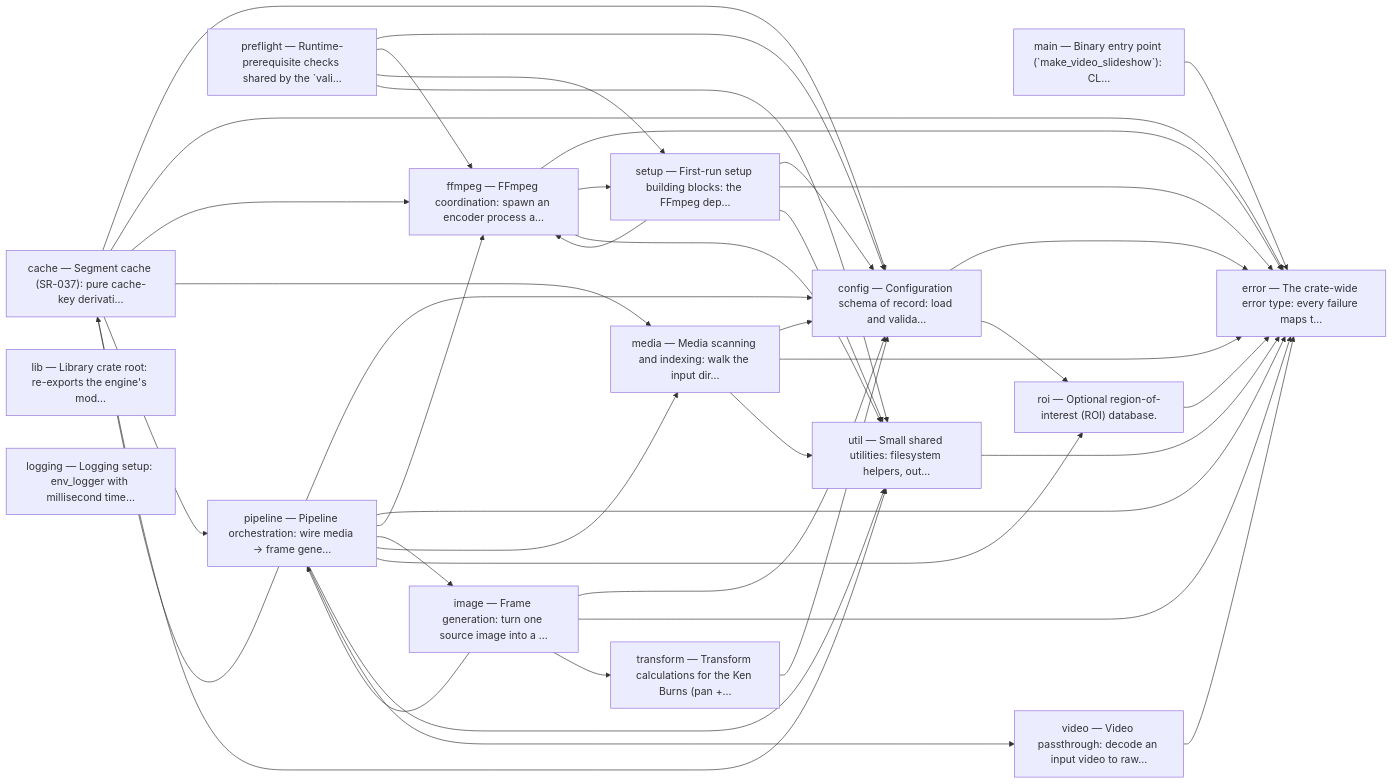
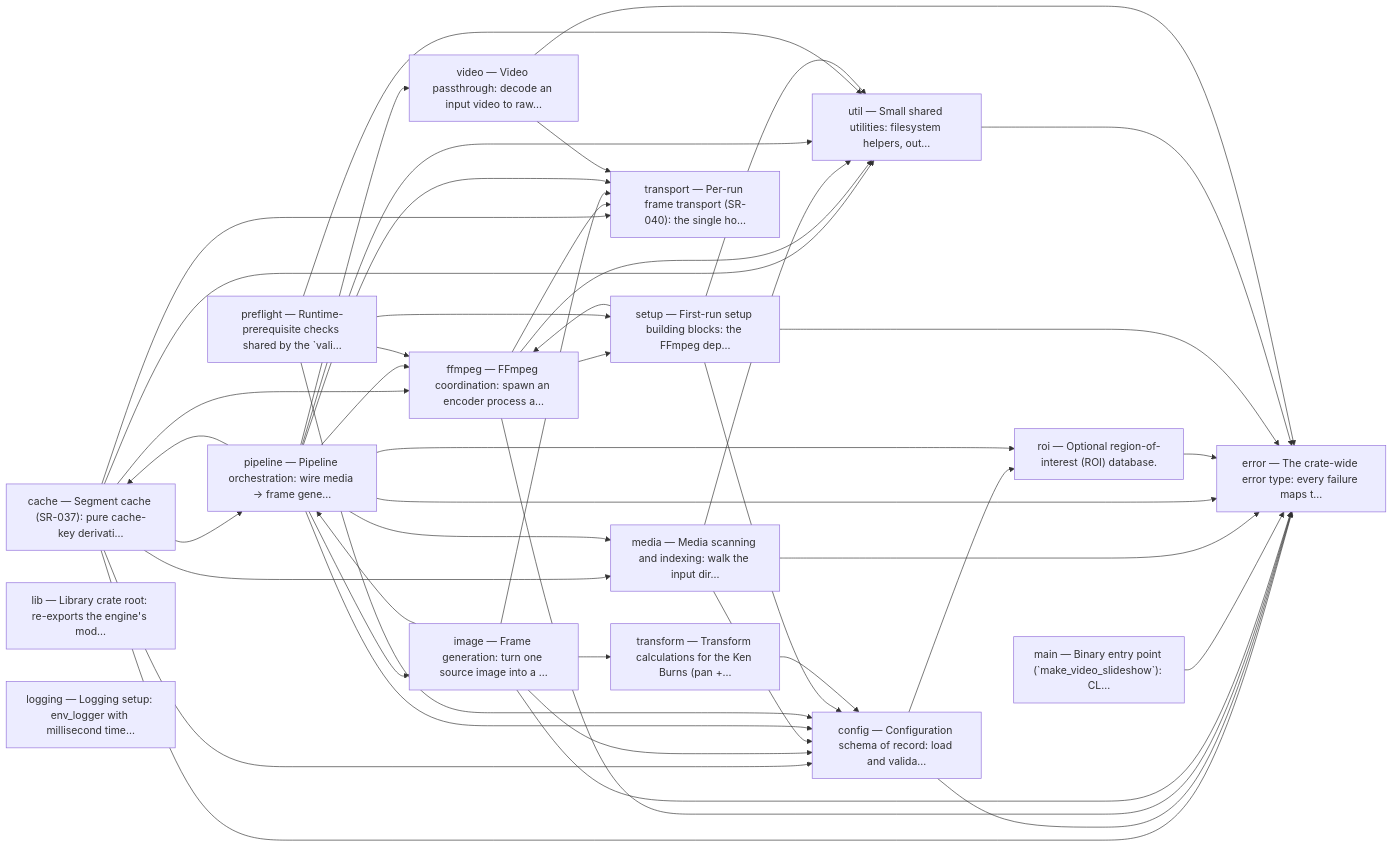
One commit to AuroLeap/Pictures2VideoSlideShow changed the seventh of 7 diagrams in docs/architecture.md. Above: the diagram before and after it, drawn with Mermaid. The commit also changed other lines of this file and 3 other files, not shown here.

First line of the commit message:
perf(phase4a5): flip LLR-075..082 Implemented; regen architecture map; Round-10 verdict + TC-116 epsilon finding

````diff
--- a/docs/architecture.md
+++ b/docs/architecture.md
@@ -250,59 +250,65 @@
 ```mermaid
 graph LR
     m_cache["cache — Segment cache (SR-037): pure cache-key derivati…"]
     m_config["config — Configuration schema of record: load and valida…"]
     m_error["error — The crate-wide error type: every failure maps t…"]
     m_ffmpeg["ffmpeg — FFmpeg coordination: spawn an encoder process a…"]
     m_image["image — Frame generation: turn one source image into a …"]
     m_lib["lib — Library crate root: re-exports the engine's mod…"]
     m_logging["logging — Logging setup: env_logger with millisecond time…"]
     m_main["main — Binary entry point (`make_video_slideshow`): CL…"]
     m_media["media — Media scanning and indexing: walk the input dir…"]
     m_pipeline["pipeline — Pipeline orchestration: wire media → frame gene…"]
     m_preflight["preflight — Runtime-prerequisite checks shared by the `vali…"]
     m_roi["roi — Optional region-of-interest (ROI) database."]
     m_setup["setup — First-run setup building blocks: the FFmpeg dep…"]
     m_transform["transform — Transform calculations for the Ken Burns (pan +…"]
+    m_transport["transport — Per-run frame transport (SR-040): the single ho…"]
     m_util["util — Small shared utilities: filesystem helpers, out…"]
     m_video["video — Video passthrough: decode an input video to raw…"]
     m_cache --> m_config
     m_cache --> m_error
     m_cache --> m_ffmpeg
     m_cache --> m_media
     m_cache --> m_pipeline
+    m_cache --> m_transport
     m_cache --> m_util
     m_config --> m_error
     m_config --> m_roi
     m_ffmpeg --> m_error
     m_ffmpeg --> m_setup
+    m_ffmpeg --> m_transport
     m_ffmpeg --> m_util
     m_image --> m_config
     m_image --> m_error
     m_image --> m_pipeline
     m_image --> m_transform
+    m_image --> m_transport
     m_main --> m_error
     m_media --> m_config
     m_media --> m_error
     m_media --> m_util
     m_pipeline --> m_cache
     m_pipeline --> m_config
     m_pipeline --> m_error
     m_pipeline --> m_ffmpeg
     m_pipeline --> m_image
     m_pipeline --> m_media
     m_pipeline --> m_roi
+    m_pipeline --> m_transport
     m_pipeline --> m_util
     m_pipeline --> m_video
     m_preflight --> m_config
     m_preflight --> m_ffmpeg
     m_preflight --> m_setup
     m_preflight --> m_util
     m_roi --> m_error
     m_setup --> m_config
     m_setup --> m_error
     m_setup --> m_ffmpeg
     m_setup --> m_util
     m_transform --> m_config
     m_util --> m_error
     m_video --> m_error
+    m_video --> m_transport
 ```
````
